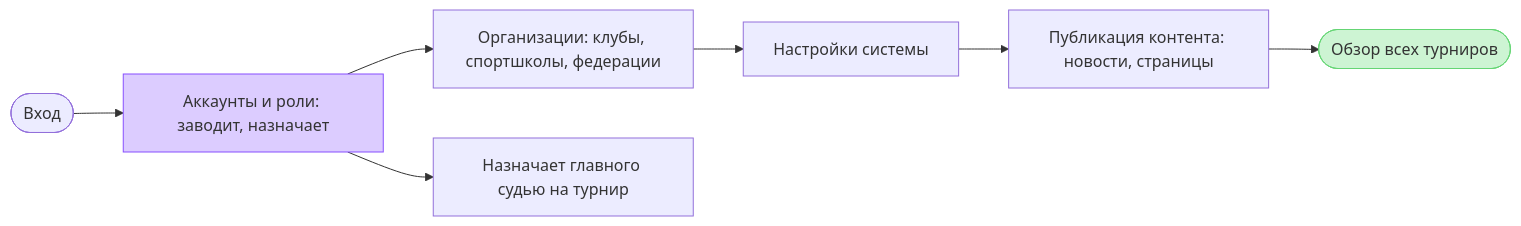
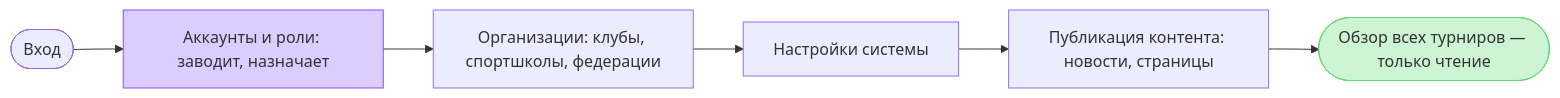
One commit to AssylanAkhanuly/tt_tournament changed the third of 11 diagrams in USERFLOW.md. Above: the diagram before and after it, drawn with Mermaid. The commit also changed other lines of this file and 3 other files, not shown here.

````diff
--- a/USERFLOW.md
+++ b/USERFLOW.md
@@ -170,20 +215,18 @@
 ```mermaid
 flowchart LR
     login(["Вход"])
     accounts["Аккаунты и роли: заводит, назначает"]
     orgs["Организации: клубы, спортшколы, федерации"]
     settings["Настройки системы"]
     content["Публикация контента: новости, страницы"]
-    assignGS["Назначает главного судью на турнир"]
-    oversee(["Обзор всех турниров"])
+    oversee(["Обзор всех турниров — только чтение"])
 
     login --> accounts
     accounts --> orgs
     orgs --> settings
     settings --> content
-    accounts --> assignGS
     content --> oversee
 
     style accounts fill:#DCCCFF,stroke:#874FFF
     style oversee fill:#CDF4D3,stroke:#66D575
 ```
````
